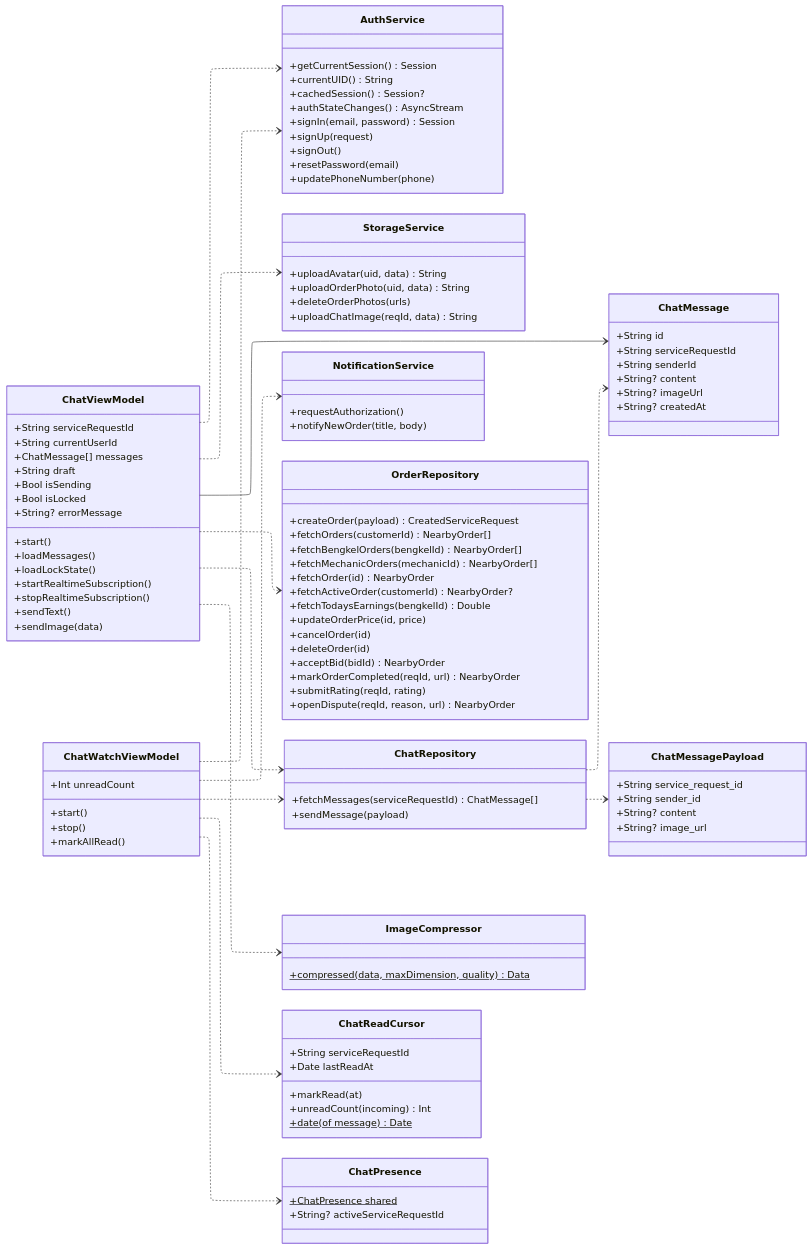
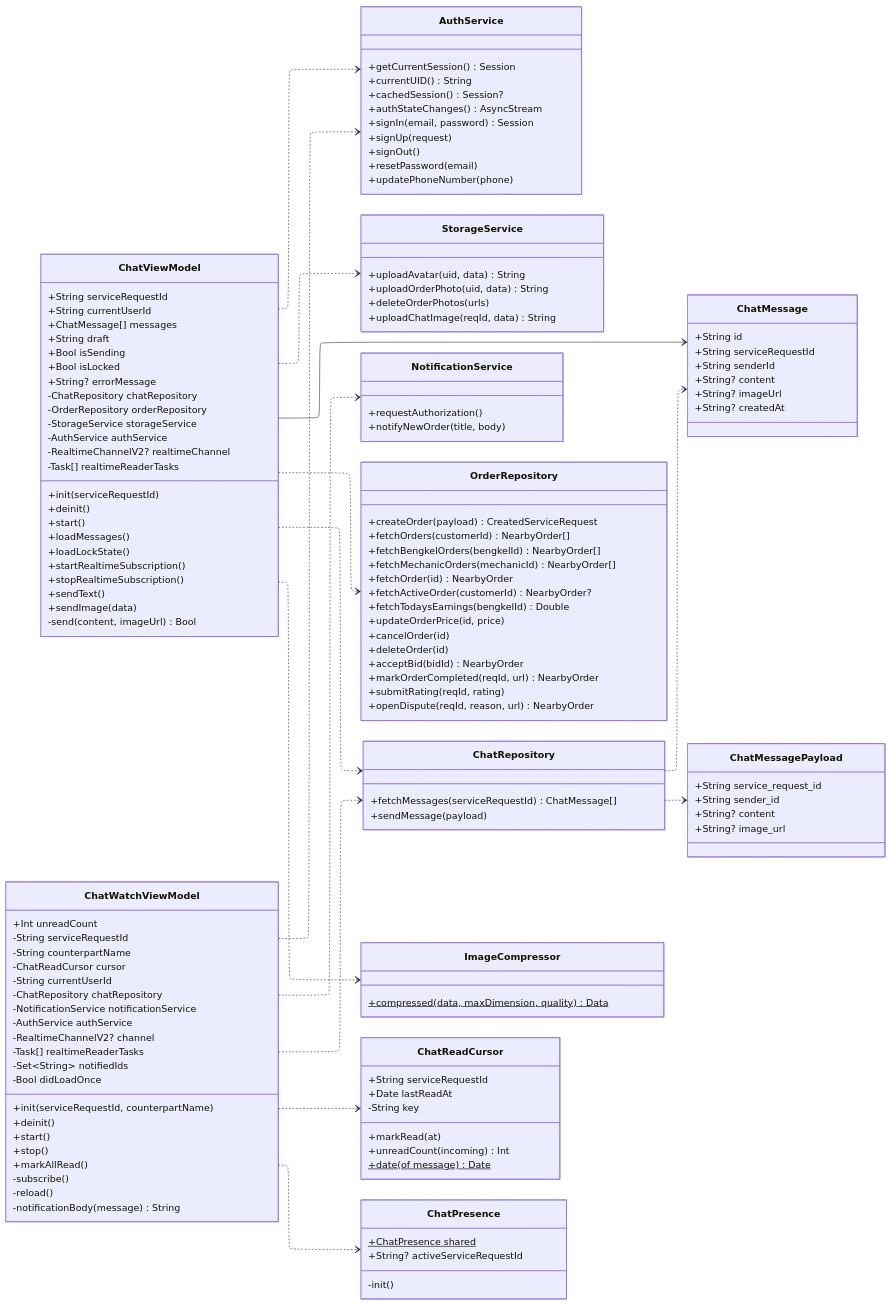
The seventh of 12 diagrams in diagram/feature-class-diagrams.md (rei-soemanto/BengkelIn_SE), drawn with Mermaid before and after one commit. The commit also changed other lines of this file and 17 other files, not shown here.

Commit message:
more accurate class diagram

```diff
--- a/diagram/feature-class-diagrams.md
+++ b/diagram/feature-class-diagrams.md
@@ -1113,6 +1176,14 @@
         +Bool isSending
         +Bool isLocked
         +String? errorMessage
+        -ChatRepository chatRepository
+        -OrderRepository orderRepository
+        -StorageService storageService
+        -AuthService authService
+        -RealtimeChannelV2? realtimeChannel
+        -Task[] realtimeReaderTasks
+        +init(serviceRequestId)
+        +deinit()
         +start()
         +loadMessages()
         +loadLockState()
@@ -1120,12 +1191,29 @@
         +stopRealtimeSubscription()
         +sendText()
         +sendImage(data)
+        -send(content, imageUrl) Bool
     }
     class ChatWatchViewModel {
         +Int unreadCount
+        -String serviceRequestId
+        -String counterpartName
+        -ChatReadCursor cursor
+        -String currentUserId
+        -ChatRepository chatRepository
+        -NotificationService notificationService
+        -AuthService authService
+        -RealtimeChannelV2? channel
+        -Task[] realtimeReaderTasks
+        -Set~String~ notifiedIds
+        -Bool didLoadOnce
+        +init(serviceRequestId, counterpartName)
+        +deinit()
         +start()
         +stop()
         +markAllRead()
+        -subscribe()
+        -reload()
+        -notificationBody(message) String
     }
     class ImageCompressor {
         +compressed(data, maxDimension, quality) Data$
@@ -1133,6 +1221,7 @@
     class ChatReadCursor {
         +String serviceRequestId
         +Date lastReadAt
+        -String key
         +markRead(at)
         +unreadCount(incoming) Int
         +date(of message) Date$
@@ -1140,6 +1229,7 @@
     class ChatPresence {
         +ChatPresence shared$
         +String? activeServiceRequestId
+        -init()
     }
     class ChatMessage {
         +String id
```
